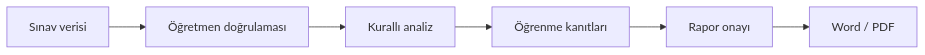
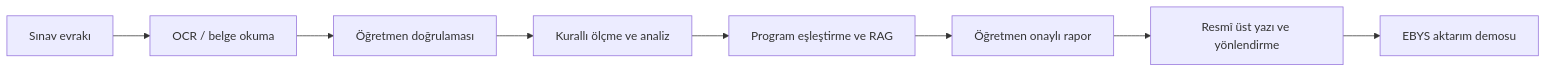
Before and after one commit to peykan1071/MAHIR-PROTOTIP-HTML: the diagram in README.md, drawn with Mermaid. The commit also changed other lines of this file, not shown here.

````diff
--- a/README.md
+++ b/README.md
@@ -53,8 +51,10 @@
 ```mermaid
 flowchart LR
-    A["Sınav verisi"] --> B["Öğretmen doğrulaması"]
-    B --> C["Kurallı analiz"]
-    C --> D["Öğrenme kanıtları"]
-    D --> E["Rapor onayı"]
-    E --> F["Word / PDF"]
+    A["Sınav evrakı"] --> B["OCR / belge okuma"]
+    B --> C["Öğretmen doğrulaması"]
+    C --> D["Kurallı ölçme ve analiz"]
+    D --> E["Program eşleştirme ve RAG"]
+    E --> F["Öğretmen onaylı rapor"]
+    F --> G["Resmî üst yazı ve yönlendirme"]
+    G --> H["EBYS aktarım demosu"]
 ```
````
